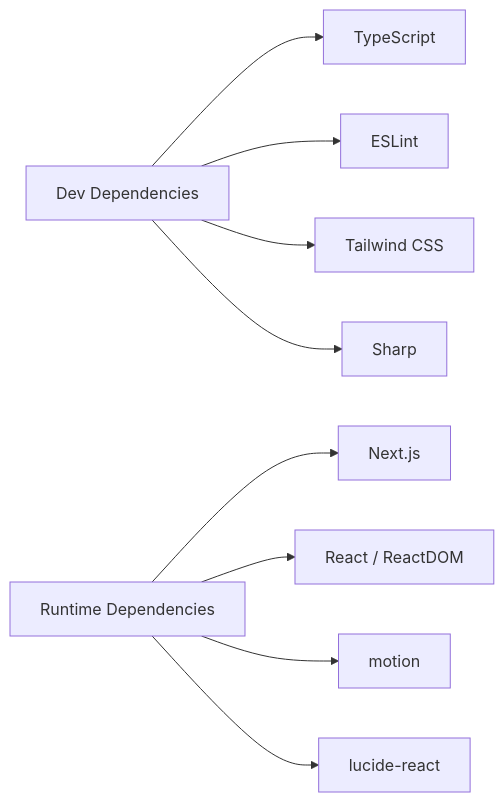
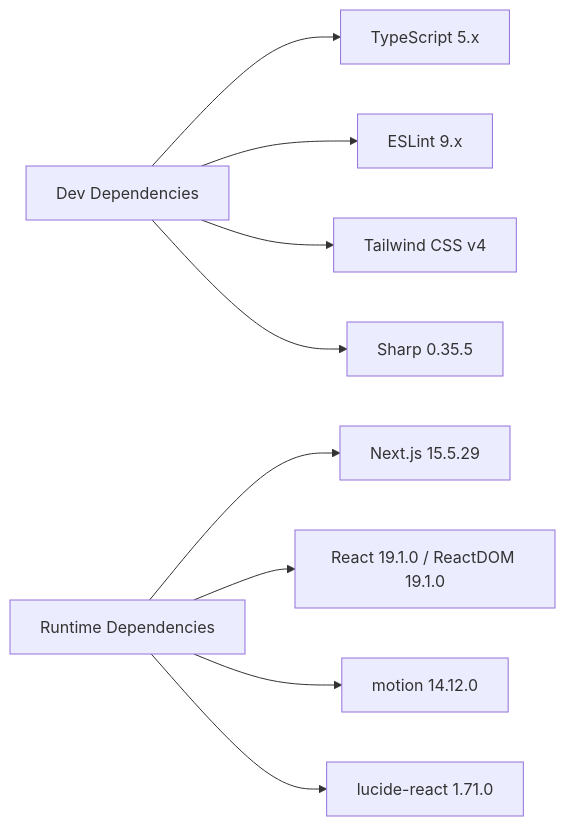
One commit to quangkiet1/anh-xin-loi changed the fourth of 4 diagrams in .qoder/repowiki/en/content/Implementation Guide/Build Tooling and Configuration.md. Above: the diagram before and after it, drawn with Mermaid. The commit also changed other lines of this file and 13 other files, not shown here.

````diff
--- a/.qoder/repowiki/en/content/Implementation Guide/Build Tooling and Configuration.md
+++ b/.qoder/repowiki/en/content/Implementation Guide/Build Tooling and Configuration.md
@@ -242,11 +321,11 @@
 ```mermaid
 graph LR
-DevDeps["Dev Dependencies"] --> TS["TypeScript"]
-DevDeps --> ESL["ESLint"]
-DevDeps --> TW["Tailwind CSS"]
-DevDeps --> SH["Sharp"]
-RuntimeDeps["Runtime Dependencies"] --> NX["Next.js"]
-RuntimeDeps --> RC["React / ReactDOM"]
-RuntimeDeps --> MO["motion"]
-RuntimeDeps --> LU["lucide-react"]
+DevDeps["Dev Dependencies"] --> TS["TypeScript 5.x"]
+DevDeps --> ESL["ESLint 9.x"]
+DevDeps --> TW["Tailwind CSS v4"]
+DevDeps --> SH["Sharp 0.35.5"]
+RuntimeDeps["Runtime Dependencies"] --> NX["Next.js 15.5.29"]
+RuntimeDeps --> RC["React 19.1.0 / ReactDOM 19.1.0"]
+RuntimeDeps --> MO["motion 14.12.0"]
+RuntimeDeps --> LU["lucide-react 1.71.0"]
 ```
````
